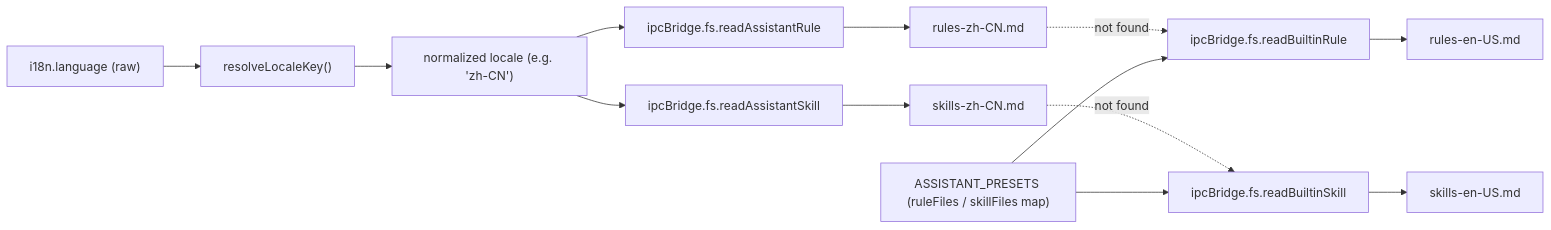
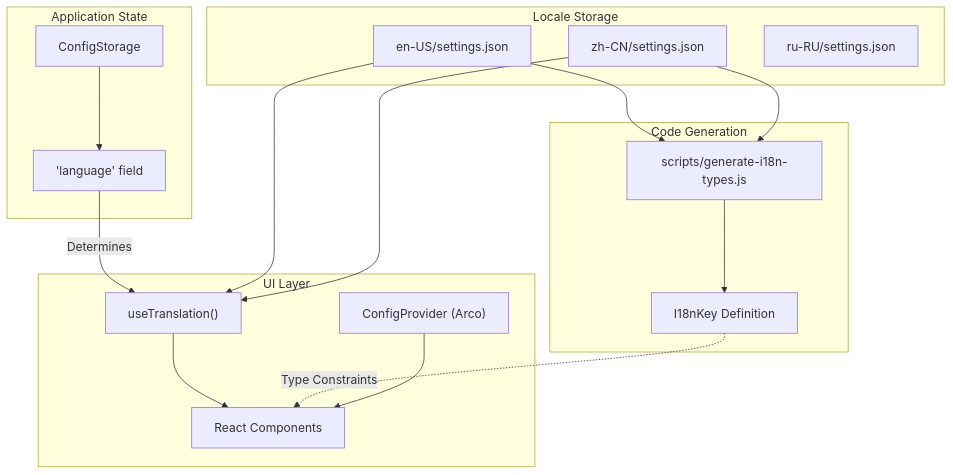
The first of 2 diagrams in docs/iOfficeAI_AionUi/internationalization.md (blackcater/zentree), drawn with Mermaid before and after one commit. The commit also changed other lines of this file and 232 other files, not shown here.

````diff
--- a/docs/iOfficeAI_AionUi/internationalization.md
+++ b/docs/iOfficeAI_AionUi/internationalization.md
@@ -333,31 +62,37 @@
 ```mermaid
-graph LR
-    I18nLang["i18n.language (raw)"]
-    ResolveFn["resolveLocaleKey()"]
-    NormKey["normalized locale (e.g. 'zh-CN')"]
+graph TB
+    subgraph "Locale Storage"
+        JSON_EN["en-US/settings.json"]
+        JSON_ZH["zh-CN/settings.json"]
+        JSON_RU["ru-RU/settings.json"]
+    end
 
-    ReadRule["ipcBridge.fs.readAssistantRule"]
-    ReadSkill["ipcBridge.fs.readAssistantSkill"]
-    ReadBuiltinRule["ipcBridge.fs.readBuiltinRule"]
-    ReadBuiltinSkill["ipcBridge.fs.readBuiltinSkill"]
+    subgraph "Code Generation"
+        Script["scripts/generate-i18n-types.js"]
+        Types["I18nKey Definition"]
+    end
 
-    RuleLocale["rules-zh-CN.md"]
-    RuleFallback["rules-en-US.md"]
-    SkillLocale["skills-zh-CN.md"]
-    SkillFallback["skills-en-US.md"]
+    subgraph "Application State"
+        CS["ConfigStorage"]
+        LangKey["'language' field"]
+    end
 
-    AssistantPresets["ASSISTANT_PRESETS (ruleFiles / skillFiles map)"]
+    subgraph "UI Layer"
+        Provider["ConfigProvider (Arco)"]
+        Hook["useTranslation()"]
+        Comp["React Components"]
+    end
 
-    I18nLang --> ResolveFn
-    ResolveFn --> NormKey
-    NormKey --> ReadRule
-    NormKey --> ReadSkill
-    ReadRule --> RuleLocale
-    ReadSkill --> SkillLocale
-    RuleLocale -.not found.-> ReadBuiltinRule
-    SkillLocale -.not found.-> ReadBuiltinSkill
-    AssistantPresets --> ReadBuiltinRule
-    AssistantPresets --> ReadBuiltinSkill
-    ReadBuiltinRule --> RuleFallback
-    ReadBuiltinSkill --> SkillFallback
+    JSON_EN --> Script
+    JSON_ZH --> Script
+    Script --> Types
+    
+    LangKey -->|Determines| Hook
+    JSON_EN --> Hook
+    JSON_ZH --> Hook
+    
+    CS --> LangKey
+    Hook --> Comp
+    Types -.->|Type Constraints| Comp
+    Provider --> Comp
 ```
````
